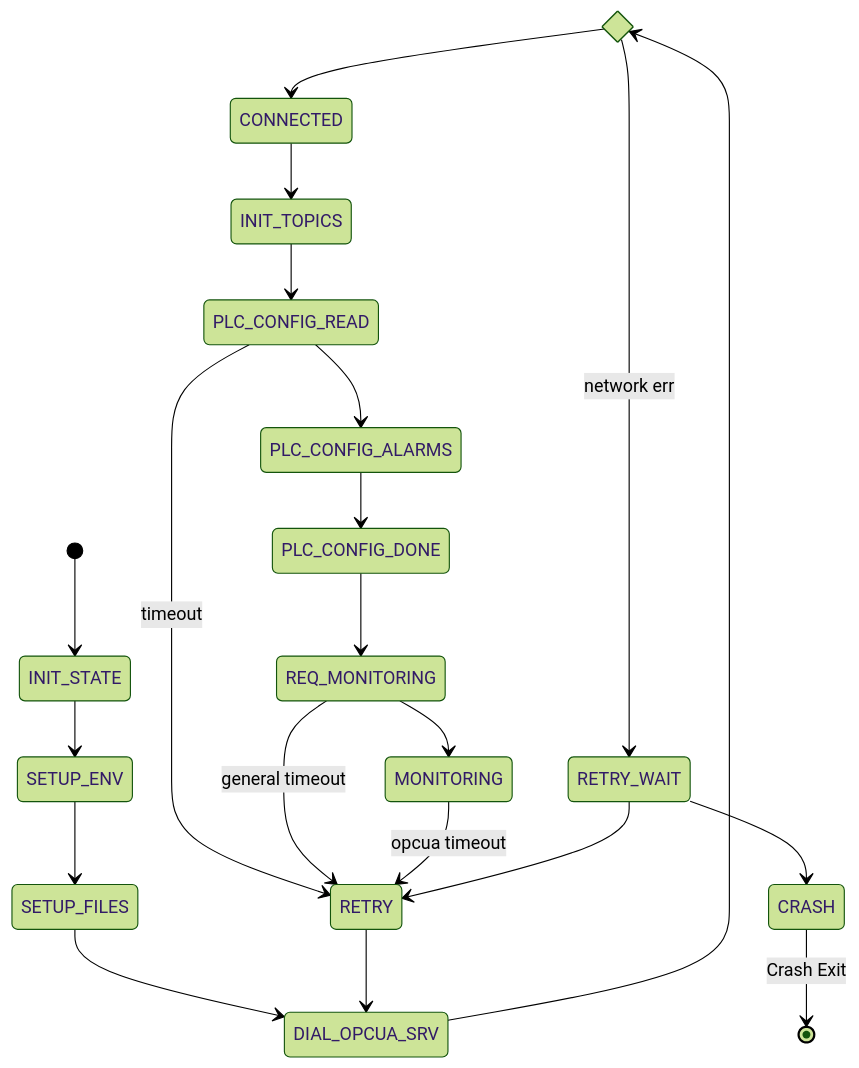
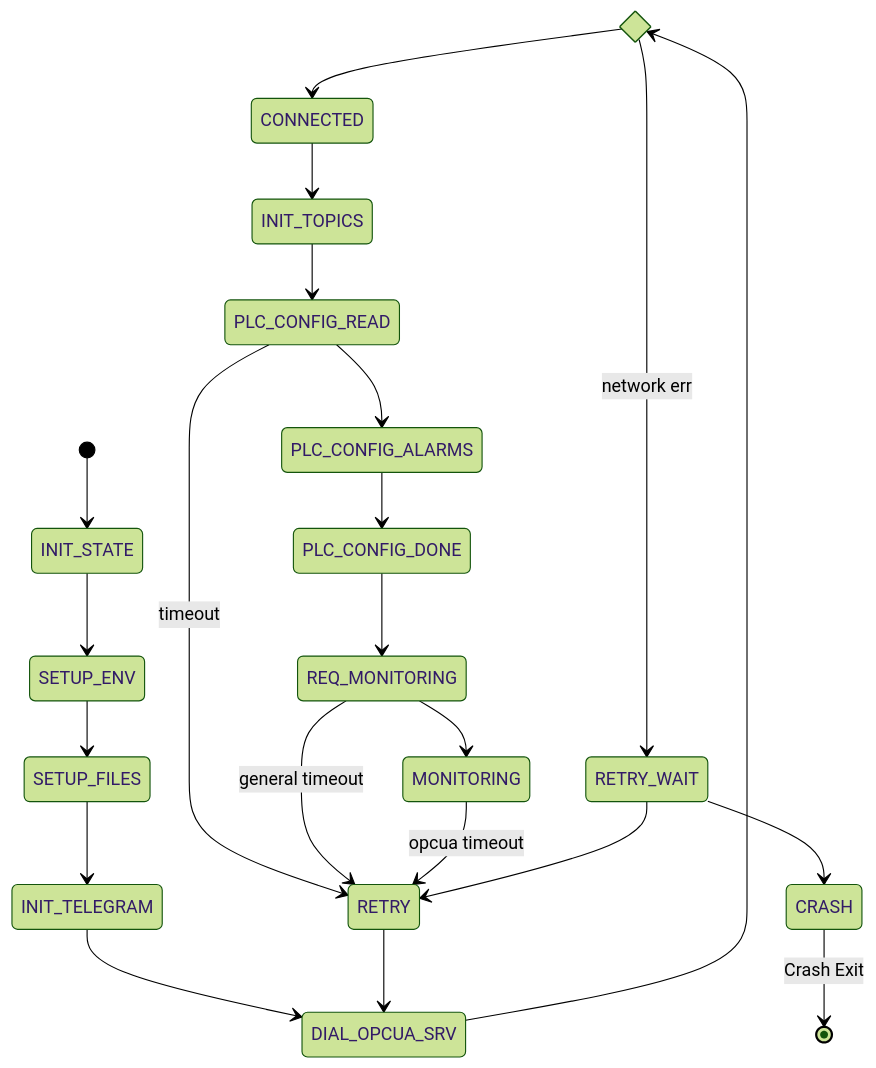
Before and after one commit to Strunck/awculle_datahub: the diagram in retry.md, drawn with Mermaid (forest theme). The commit also changed other lines of this file and 5 other files, not shown here.

Commit message:
add telegram init to state machine

````diff
--- a/retry.md
+++ b/retry.md
@@ -23,47 +24,49 @@
 ```mermaid
 stateDiagram-v2
 
     state CONNECT_OK <<choice>>
     
     [*] --> INIT_STATE    
 
     INIT_STATE --> SETUP_ENV
 
     SETUP_ENV --> SETUP_FILES
+    
+    SETUP_FILES --> INIT_TELEGRAM
 
-    SETUP_FILES --> DIAL_OPCUA_SRV
+    INIT_TELEGRAM --> DIAL_OPCUA_SRV
 
     DIAL_OPCUA_SRV --> CONNECT_OK
 
     CONNECT_OK --> CONNECTED
 
     CONNECTED --> INIT_TOPICS
     
     INIT_TOPICS -->  PLC_CONFIG_READ
 
     PLC_CONFIG_READ --> PLC_CONFIG_ALARMS
     
     PLC_CONFIG_ALARMS --> PLC_CONFIG_DONE
 
     PLC_CONFIG_READ --> RETRY : timeout
 
     PLC_CONFIG_DONE --> REQ_MONITORING         
 
     REQ_MONITORING --> MONITORING
 
     REQ_MONITORING --> RETRY: general timeout
 
     MONITORING --> RETRY: opcua timeout
 
     RETRY --> DIAL_OPCUA_SRV
     
     RETRY_WAIT --> CRASH
 
     CONNECT_OK --> RETRY_WAIT : network err
     
     RETRY_WAIT --> RETRY
     
     CRASH --> [*]: Crash Exit 
     
     
  ```
````
